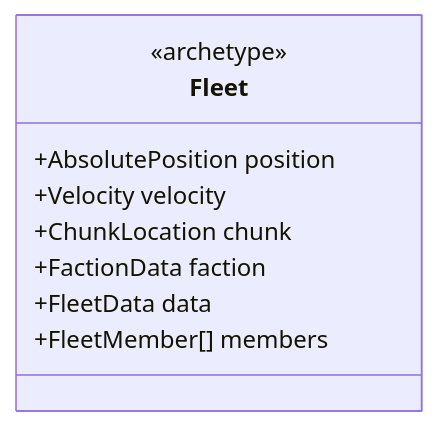
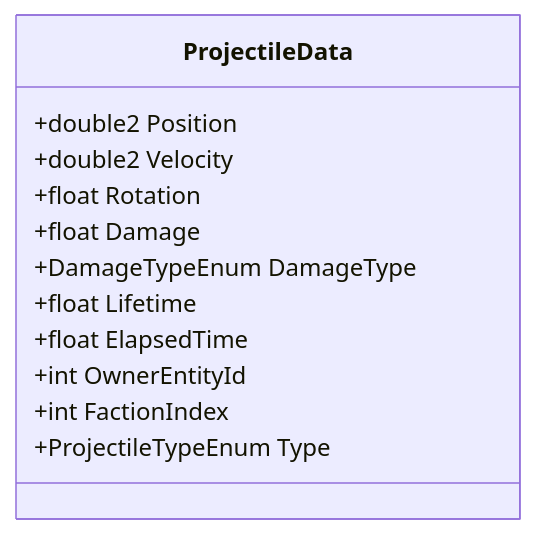
One commit to zephkelly/starfire changed the sixth of 8 diagrams in .obsidian/architecture/04-archetype-strategy.md. Above: the diagram before and after it, drawn with Mermaid. The commit also changed other lines of this file and 27 other files, not shown here.

Commit message:
feat: update architecture docs to include modding system

````diff
--- a/.obsidian/architecture/04-archetype-strategy.md
+++ b/.obsidian/architecture/04-archetype-strategy.md
@@ -493,12 +248,15 @@
 ```mermaid
 classDiagram
-    class Fleet {
-        <<archetype>>
-        +AbsolutePosition position
-        +Velocity velocity
-        +ChunkLocation chunk
-        +FactionData faction
-        +FleetData data
-        +FleetMember[] members
+    class ProjectileData {
+        +double2 Position
+        +double2 Velocity
+        +float Rotation
+        +float Damage
+        +DamageTypeEnum DamageType
+        +float Lifetime
+        +float ElapsedTime
+        +int OwnerEntityId
+        +int FactionIndex
+        +ProjectileTypeEnum Type
     }
 ```
````
